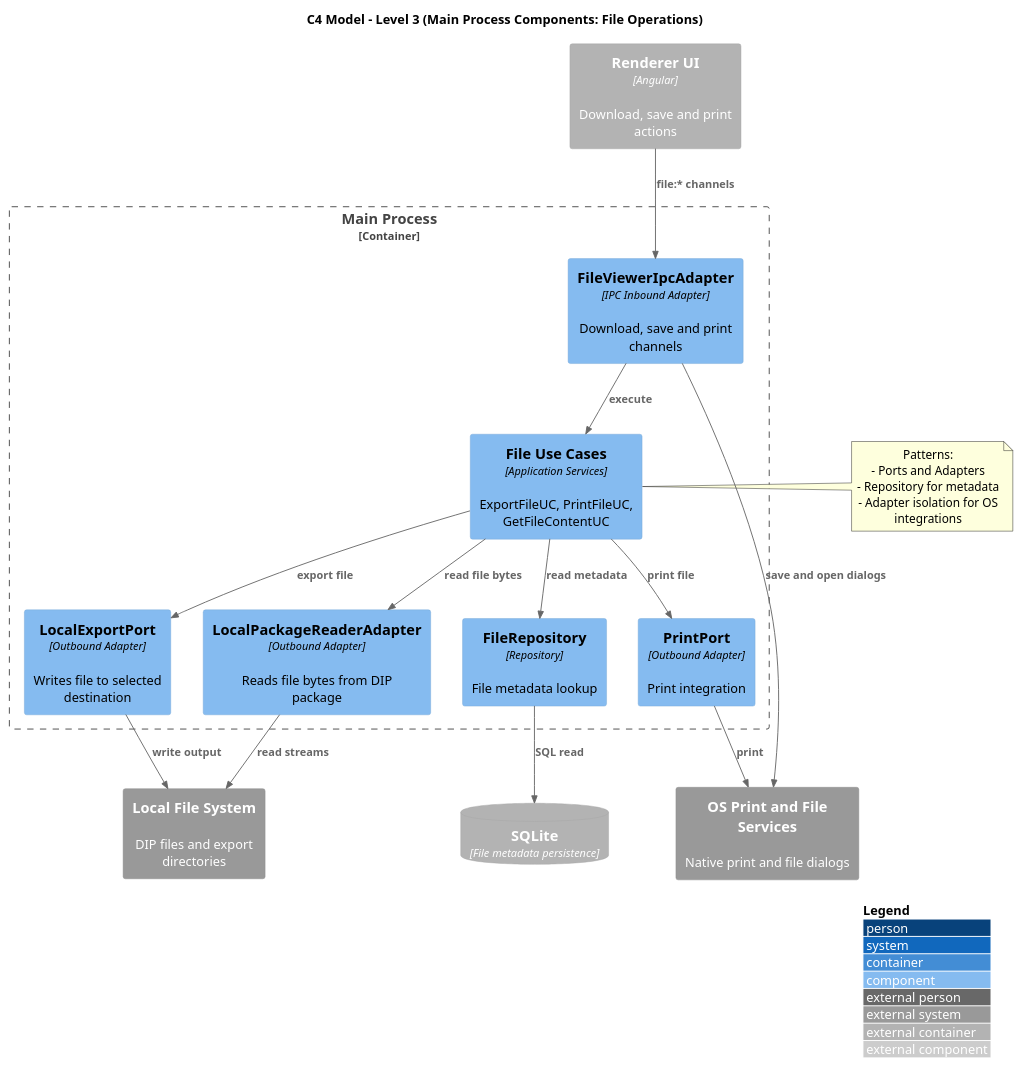
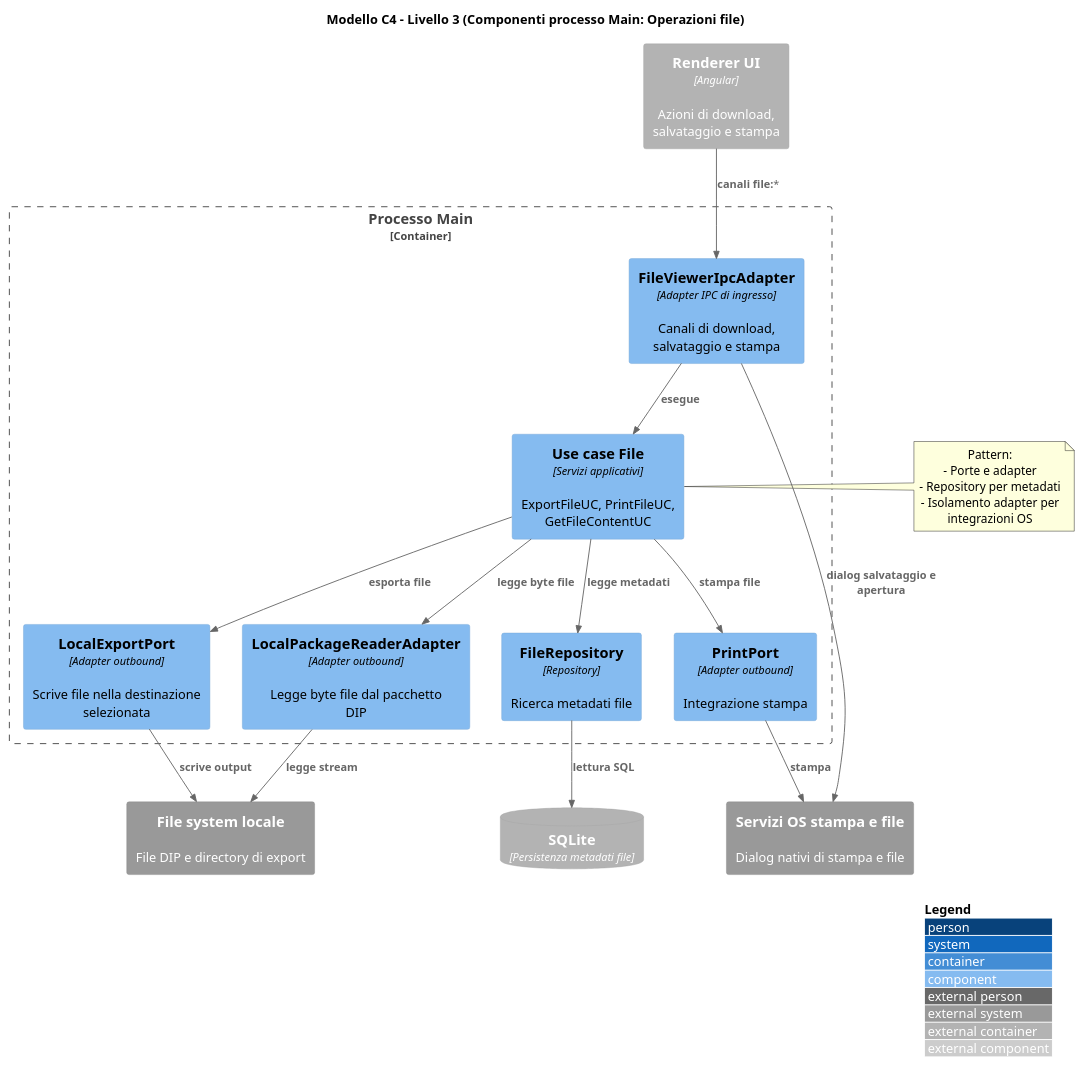
The diagram in 3_PB/DocumentiEsterni/DiagrammiSpecificaTecnica/generated_/architecture/c1-c3/C3-main-file-operations.puml (7-ZPUs/Docs), drawn with PlantUML before and after one commit. The commit also changed 17 other files, not shown here.

```diff
--- a/3_PB/DocumentiEsterni/DiagrammiSpecificaTecnica/generated_/architecture/c1-c3/C3-main-file-operations.puml
+++ b/3_PB/DocumentiEsterni/DiagrammiSpecificaTecnica/generated_/architecture/c1-c3/C3-main-file-operations.puml
@@ -1,44 +1,44 @@
 @startuml C3_Main_File_Operations
 !includeurl https://raw.githubusercontent.com/plantuml-stdlib/C4-PlantUML/master/C4_Component.puml
 
-title C4 Model - Level 3 (Main Process Components: File Operations)
+title Modello C4 - Livello 3 (Componenti processo Main: Operazioni file)
 
 LAYOUT_WITH_LEGEND()
 
-Container_Boundary(main_container, "Main Process") {
-  Component(file_ipc, "FileViewerIpcAdapter", "IPC Inbound Adapter", "Download, save and print channels")
-  Component(file_ucs, "File Use Cases", "Application Services", "ExportFileUC, PrintFileUC, GetFileContentUC")
+Container_Boundary(main_container, "Processo Main") {
+  Component(file_ipc, "FileViewerIpcAdapter", "Adapter IPC di ingresso", "Canali di download, salvataggio e stampa")
+  Component(file_ucs, "Use case File", "Servizi applicativi", "ExportFileUC, PrintFileUC, GetFileContentUC")
 
-  Component(package_reader, "LocalPackageReaderAdapter", "Outbound Adapter", "Reads file bytes from DIP package")
-  Component(export_port, "LocalExportPort", "Outbound Adapter", "Writes file to selected destination")
-  Component(print_port, "PrintPort", "Outbound Adapter", "Print integration")
-  Component(file_repo, "FileRepository", "Repository", "File metadata lookup")
+  Component(package_reader, "LocalPackageReaderAdapter", "Adapter outbound", "Legge byte file dal pacchetto DIP")
+  Component(export_port, "LocalExportPort", "Adapter outbound", "Scrive file nella destinazione selezionata")
+  Component(print_port, "PrintPort", "Adapter outbound", "Integrazione stampa")
+  Component(file_repo, "FileRepository", "Repository", "Ricerca metadati file")
 }
 
-Container_Ext(renderer, "Renderer UI", "Angular", "Download, save and print actions")
-ContainerDb_Ext(sqlite, "SQLite", "File metadata persistence")
-System_Ext(local_fs, "Local File System", "DIP files and export directories")
-System_Ext(os_services, "OS Print and File Services", "Native print and file dialogs")
+Container_Ext(renderer, "Renderer UI", "Angular", "Azioni di download, salvataggio e stampa")
+ContainerDb_Ext(sqlite, "SQLite", "Persistenza metadati file")
+System_Ext(local_fs, "File system locale", "File DIP e directory di export")
+System_Ext(os_services, "Servizi OS stampa e file", "Dialog nativi di stampa e file")
 
-Rel(renderer, file_ipc, "file:* channels")
-Rel(file_ipc, file_ucs, "execute")
+Rel(renderer, file_ipc, "canali file:*")
+Rel(file_ipc, file_ucs, "esegue")
 
-Rel(file_ucs, file_repo, "read metadata")
-Rel(file_ucs, package_reader, "read file bytes")
-Rel(file_ucs, export_port, "export file")
-Rel(file_ucs, print_port, "print file")
+Rel(file_ucs, file_repo, "legge metadati")
+Rel(file_ucs, package_reader, "legge byte file")
+Rel(file_ucs, export_port, "esporta file")
+Rel(file_ucs, print_port, "stampa file")
 
-Rel(file_repo, sqlite, "SQL read")
-Rel(package_reader, local_fs, "read streams")
-Rel(export_port, local_fs, "write output")
-Rel(print_port, os_services, "print")
-Rel(file_ipc, os_services, "save and open dialogs")
+Rel(file_repo, sqlite, "lettura SQL")
+Rel(package_reader, local_fs, "legge stream")
+Rel(export_port, local_fs, "scrive output")
+Rel(print_port, os_services, "stampa")
+Rel(file_ipc, os_services, "dialog salvataggio e apertura")
 
 note right of file_ucs
-Patterns:
-- Ports and Adapters
-- Repository for metadata
-- Adapter isolation for OS integrations
+Pattern:
+- Porte e adapter
+- Repository per metadati
+- Isolamento adapter per integrazioni OS
 end note
 
 @enduml
```
